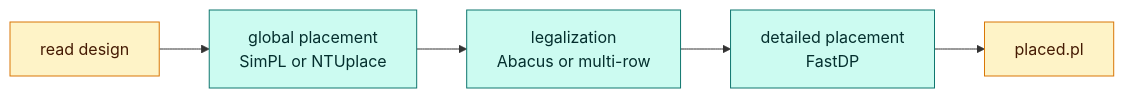
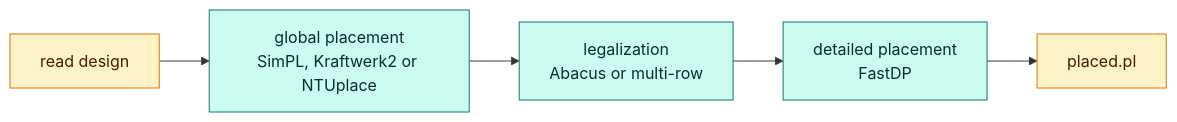
Before and after one commit to coherent17/KTPlace: the diagram in docs/README.md, drawn with Mermaid. The commit also changed other lines of this file and 34 other files, not shown here.

````diff
--- a/docs/README.md
+++ b/docs/README.md
@@ -7,13 +7,13 @@
 ```mermaid
 flowchart LR
-    read[read design]:::io --> gp["global placement<br/>SimPL or NTUplace"]:::stage
+    read[read design]:::io --> gp["global placement<br/>SimPL, Kraftwerk2 or NTUplace"]:::stage
     gp --> lg["legalization<br/>Abacus or multi-row"]:::stage
     lg --> dp["detailed placement<br/>FastDP"]:::stage
     dp --> out[placed.pl]:::io
     classDef io fill:#fef3c7,stroke:#d97706,color:#451a03
     classDef stage fill:#ccfbf1,stroke:#0f766e,color:#042f2e
     classDef found fill:#e0e7ff,stroke:#4f46e5,color:#1e1b4b
     classDef simpl fill:#fce7f3,stroke:#db2777,color:#500724
     classDef mov fill:#dbeafe,stroke:#2563eb,color:#172554
     classDef fixed fill:#e5e7eb,stroke:#374151,color:#111827
 ```
````
